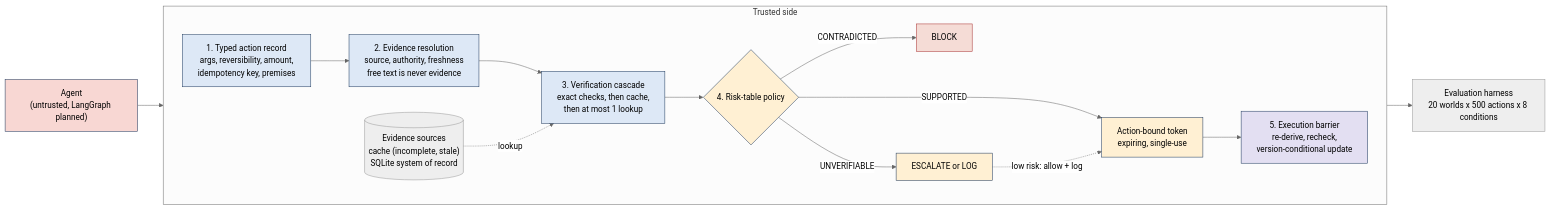
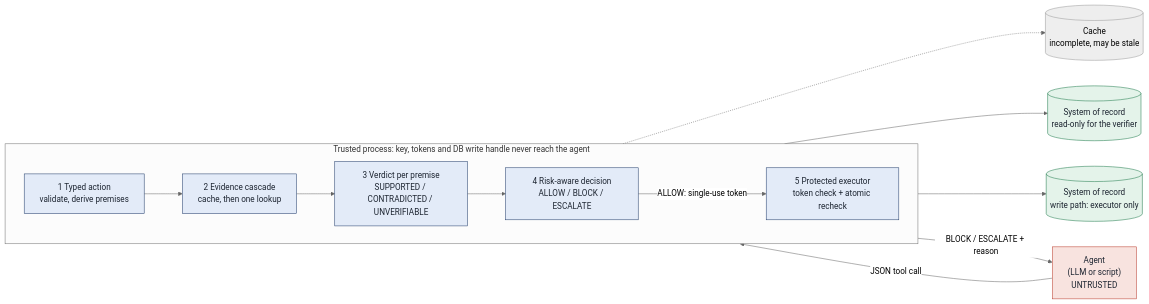
Before and after one commit to DharmiSapariya/GroundGate: the second of 6 diagrams in README.md, drawn with Mermaid (neutral theme). The commit also changed other lines of this file, not shown here.

````diff
--- a/README.md
+++ b/README.md
@@ -118,29 +63,21 @@
 ```mermaid
 flowchart LR
-    A["Agent<br/>(untrusted, LangGraph planned)"] --> R1
-    subgraph TRUSTED["Trusted side"]
-        direction LR
-        R1["1. Typed action record<br/>args, reversibility, amount,<br/>idempotency key, premises"] --> R2
-        R2["2. Evidence resolution<br/>source, authority, freshness<br/>free text is never evidence"] --> R3
-        R3["3. Verification cascade<br/>exact checks, then cache,<br/>then at most 1 lookup"] --> R4
-        R4{"4. Risk-table policy"}
-        ES[("Evidence sources<br/>cache (incomplete, stale)<br/>SQLite system of record")] -. lookup .-> R3
-        R4 -- CONTRADICTED --> BLK["BLOCK"]
-        R4 -- UNVERIFIABLE --> ESC["ESCALATE or LOG"]
-        R4 -- SUPPORTED --> TOK["Action-bound token<br/>expiring, single-use"]
-        ESC -. "low risk: allow + log" .-> TOK
-        TOK --> R5["5. Execution barrier<br/>re-derive, recheck,<br/>version-conditional update"]
-    end
-    R5 --> H["Evaluation harness<br/>20 worlds x 500 actions x 8 conditions"]
-
-    classDef untrusted fill:#f8d7d3,stroke:#1f3a5f,color:#000;
-    classDef gate fill:#dde8f6,stroke:#1f3a5f,color:#000;
-    classDef policy fill:#fff0d3,stroke:#1f3a5f,color:#000;
-    classDef exec fill:#e3dff2,stroke:#1f3a5f,color:#000;
-    classDef bad fill:#f5dcd6,stroke:#a33,color:#000;
-    class A untrusted
-    class R1,R2,R3 gate
-    class R4,ESC,TOK policy
-    class R5 exec
-    class BLK bad
+  AG["Agent<br/>(LLM or script)<br/>UNTRUSTED"] -- "JSON tool call" --> IR
+  subgraph TRUST["Trusted process: key, tokens and DB write handle never reach the agent"]
+    direction LR
+    IR["1 Typed action<br/>validate, derive premises"] --> CV["2 Evidence cascade<br/>cache, then one lookup"]
+    CV --> VD["3 Verdict per premise<br/>SUPPORTED / CONTRADICTED / UNVERIFIABLE"]
+    VD --> PL["4 Risk-aware decision<br/>ALLOW / BLOCK / ESCALATE"]
+    PL -- "ALLOW: single-use token" --> EX["5 Protected executor<br/>token check + atomic recheck"]
+  end
+  CV -.-> CA[("Cache<br/>incomplete, may be stale")]
+  CV --> SR[("System of record<br/>read-only for the verifier")]
+  EX --> WR[("System of record<br/>write path: executor only")]
+  PL -- "BLOCK / ESCALATE + reason" --> AG
+  classDef bad fill:#f8e3df,stroke:#b83a2b,color:#1c2430
+  classDef ok fill:#e4f3ea,stroke:#1d7a4a,color:#1c2430
+  classDef core fill:#e3ebf8,stroke:#1f3a68,color:#1c2430
+  class AG bad
+  class SR,WR ok
+  class IR,CV,VD,PL,EX core
 ```
````
